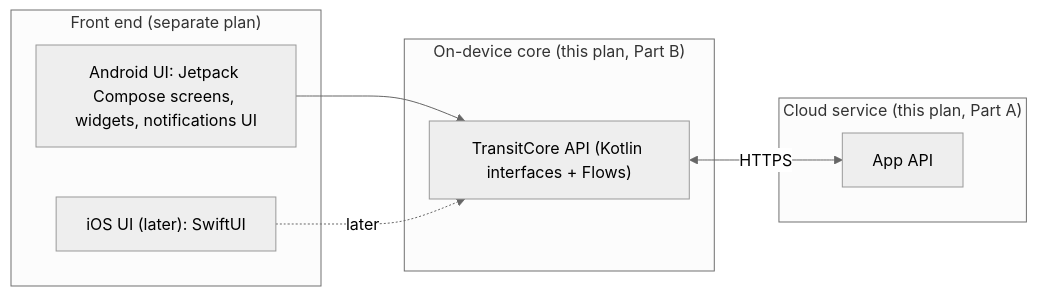
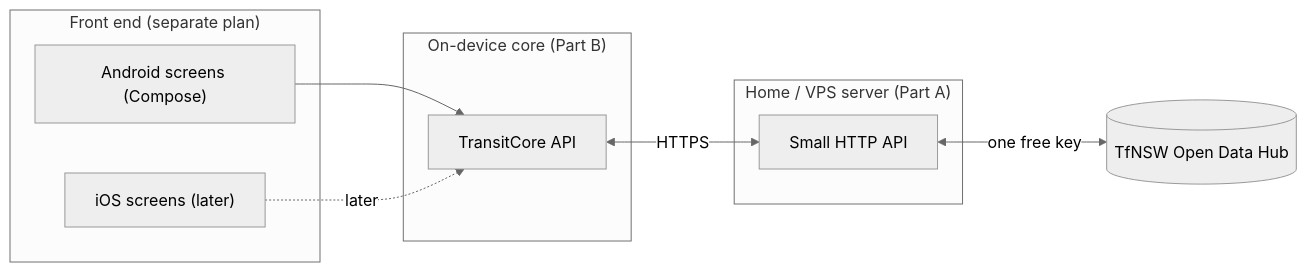
Before and after one commit to finnjones/TransitTracker: the first of 2 diagrams in docs/transittracker-backend-plan.md, drawn with Mermaid (neutral theme). The commit also changed other lines of this file, not shown here.

First line of the commit message:
Rescope backend plan for personal use on the free TfNSW tier

````diff
--- a/docs/transittracker-backend-plan.md
+++ b/docs/transittracker-backend-plan.md
@@ -50,16 +43,18 @@
 ```mermaid
 flowchart LR
   subgraph FE["Front end (separate plan)"]
-    UI["Android UI: Jetpack Compose screens, widgets, notifications UI"]
-    IOSUI["iOS UI (later): SwiftUI"]
+    UI["Android screens (Compose)"]
+    IOSUI["iOS screens (later)"]
   end
-  subgraph Core["On-device core (this plan, Part B)"]
-    Facade["TransitCore API (Kotlin interfaces + Flows)"]
+  subgraph Core["On-device core (Part B)"]
+    Facade["TransitCore API"]
   end
-  subgraph Cloud["Cloud service (this plan, Part A)"]
-    API["App API"]
+  subgraph Server["Home / VPS server (Part A)"]
+    API["Small HTTP API"]
   end
+  TfNSW[("TfNSW Open Data Hub")]
   UI --> Facade
   IOSUI -.later.-> Facade
   Facade <-->|"HTTPS"| API
+  API <-->|"one free key"| TfNSW
 ```
````
